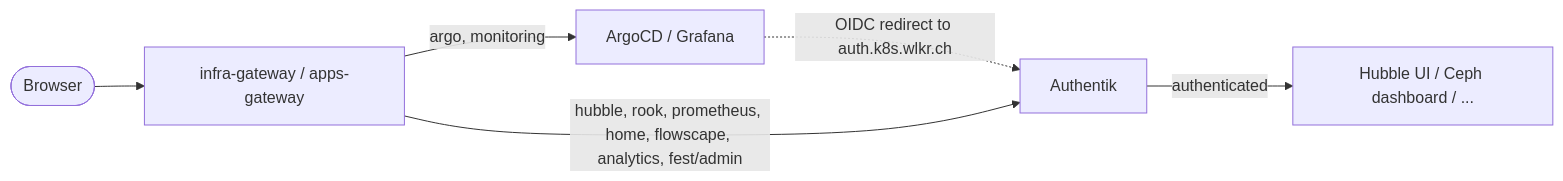
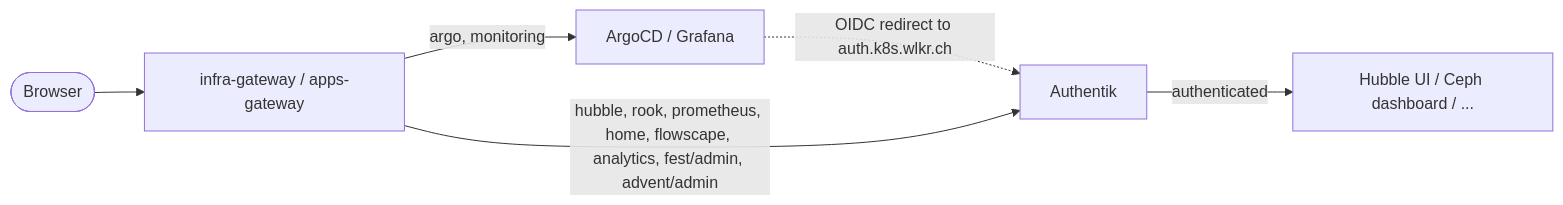
One commit to JanWelker/homelab changed the diagram in docs/platform/authentik.md. Above: the diagram before and after it, drawn with Mermaid. The commit also changed other lines of this file and 3 other files, not shown here.

````diff
--- a/docs/platform/authentik.md
+++ b/docs/platform/authentik.md
@@ -42,8 +42,8 @@
 ```mermaid
 flowchart LR
     U([Browser]) --> GW[infra-gateway / apps-gateway]
     GW -->|argo, monitoring| APP[ArgoCD / Grafana]
     APP -.->|OIDC redirect to auth.k8s.wlkr.ch| AK[Authentik]
-    GW -->|hubble, rook, prometheus, home, flowscape, analytics, fest/admin| AK
+    GW -->|hubble, rook, prometheus, home, flowscape, analytics, fest/admin, advent/admin| AK
     AK -->|authenticated| BE[Hubble UI / Ceph dashboard / ...]
 ```
````
